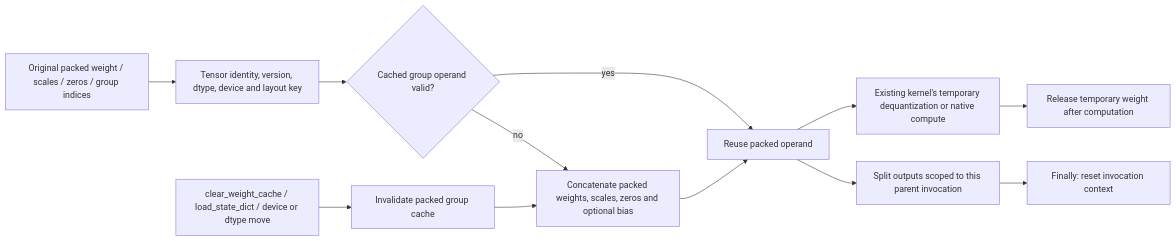
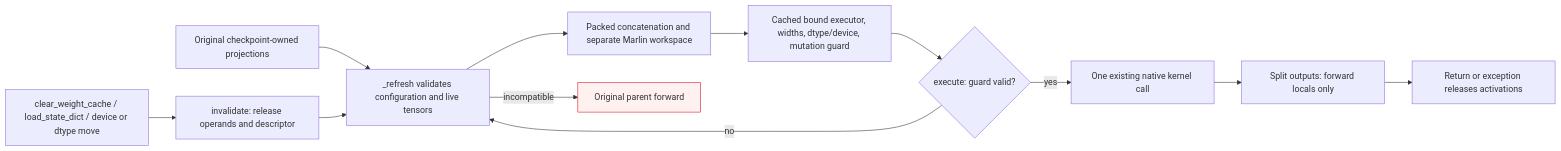
Before and after one commit to ModelCloud/GPTQModel: the second of 3 diagrams in docs/fusion-planner.md, drawn with Mermaid. The commit also changed other lines of this file and 5 other files, not shown here.

````diff
--- a/docs/fusion-planner.md
+++ b/docs/fusion-planner.md
@@ -134,14 +164,15 @@
 ```mermaid
 flowchart LR
-    SOURCE["Original packed weight / scales / zeros / group indices"] --> KEY["Tensor identity, version, dtype, device and layout key"]
-    KEY --> VALID{"Cached group operand valid?"}
-    VALID -->|"yes"| USE["Reuse packed operand"]
-    VALID -->|"no"| BUILD["Concatenate packed weights, scales, zeros and optional bias"]
-    BUILD --> USE
-    USE --> TEMP["Existing kernel's temporary dequantization or native compute"]
-    TEMP --> RELEASE["Release temporary weight after computation"]
-    USE --> OUT["Split outputs scoped to this parent invocation"]
-    OUT --> CLEAR["Finally: reset invocation context"]
-    MUTATE["clear_weight_cache / load_state_dict / device or dtype move"] --> INVALID["Invalidate packed group cache"]
-    INVALID --> BUILD
+    SOURCE["Original checkpoint-owned projections"] --> REFRESH["_refresh validates configuration and live tensors"]
+    REFRESH --> BUILD["Packed concatenation and separate Marlin workspace"]
+    BUILD --> DESCRIPTOR["Cached bound executor, widths, dtype/device, mutation guard"]
+    DESCRIPTOR --> VALID{"execute: guard valid?"}
+    VALID -->|"yes"| USE["One existing native kernel call"]
+    VALID -->|"no"| REFRESH
+    REFRESH -->|"incompatible"| FALLBACK["Original parent forward"]
+    USE --> OUT["Split outputs: forward locals only"]
+    OUT --> RELEASE["Return or exception releases activations"]
+    MUTATE["clear_weight_cache / load_state_dict / device or dtype move"] --> INVALID["invalidate: release operands and descriptor"]
+    INVALID --> REFRESH
+    style FALLBACK fill:#fff1f0,stroke:#cf1322
 ```
````
